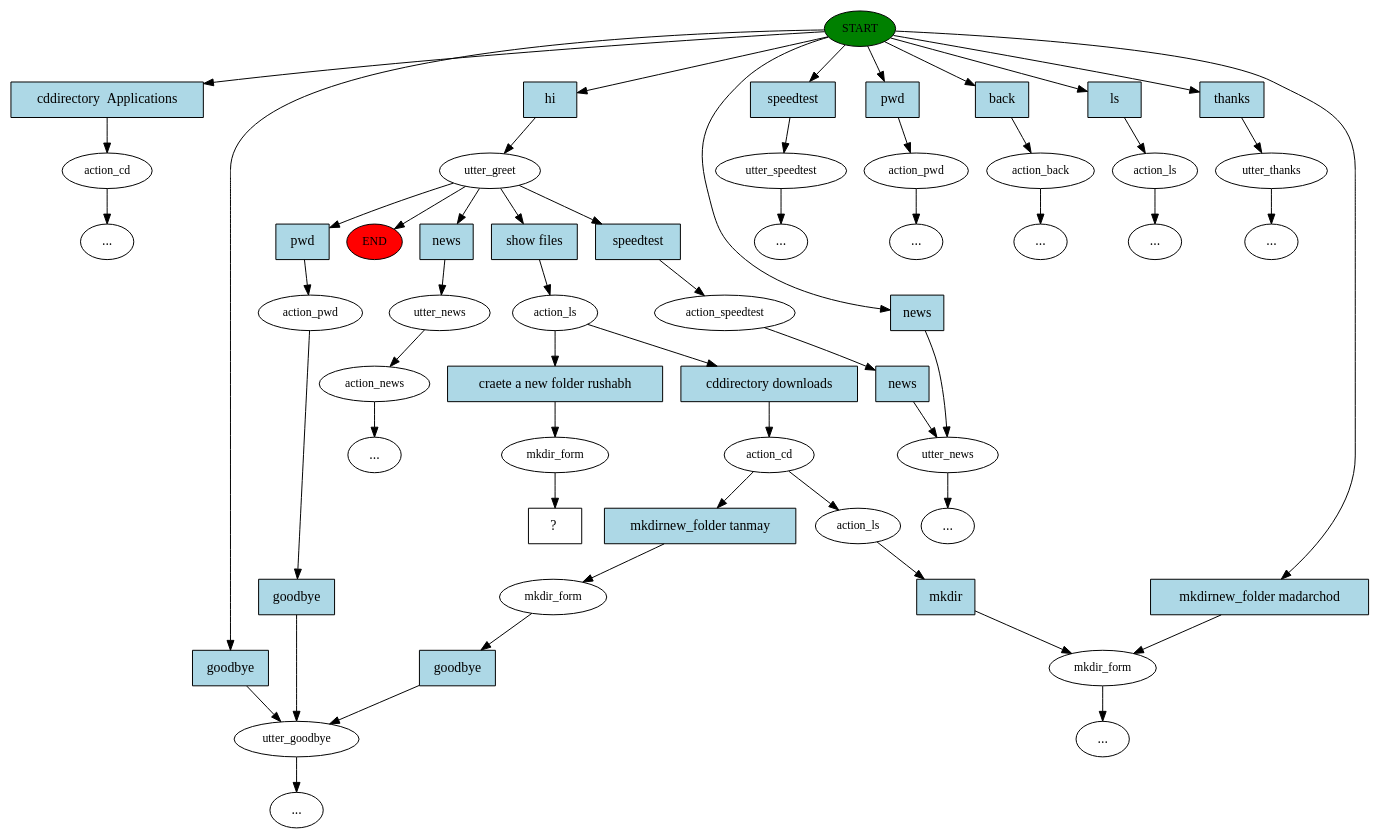
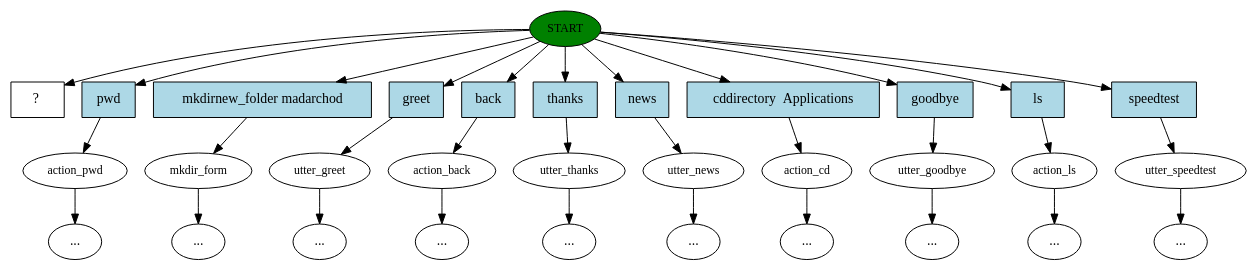
One commit to tanmaysinghal98/chatbot changed the diagram in story_graph.dot. Above: the diagram before and after it, drawn with Graphviz. The commit also changed 27 other files, not shown here.

```diff
--- a/story_graph.dot
+++ b/story_graph.dot
@@ -1,111 +1,65 @@
 digraph  {
 0 [class="start active", fillcolor=green, fontsize=12, label=START, style=filled];
-"-1" [class=end, fillcolor=red, fontsize=12, label=END, style=filled];
-1 [class="", fontsize=12, label=action_cd];
+1 [class="", fontsize=12, label=action_pwd];
 "-3" [class=ellipsis, label="..."];
-2 [class=active, fontsize=12, label=utter_greet];
-3 [class=active, fontsize=12, label=action_ls];
-4 [class="", fontsize=12, label=action_cd];
-5 [class="", fontsize=12, label=mkdir_form];
-6 [class="", fontsize=12, label=utter_goodbye];
-7 [class="", fontsize=12, label=utter_speedtest];
-"-5" [class=ellipsis, label="..."];
-11 [class="", fontsize=12, label=action_ls];
-12 [class="", fontsize=12, label=mkdir_form];
-16 [class="", fontsize=12, label=utter_news];
-17 [class="", fontsize=12, label=action_news];
+2 [class="", fontsize=12, label=mkdir_form];
+3 [class="", fontsize=12, label=utter_greet];
+5 [class="", fontsize=12, label=action_back];
+"-7" [class=ellipsis, label="..."];
+6 [class="", fontsize=12, label=utter_thanks];
+"-8" [class=ellipsis, label="..."];
+7 [class="", fontsize=12, label=utter_news];
 "-9" [class=ellipsis, label="..."];
-18 [class="", fontsize=12, label=utter_news];
-20 [class="", fontsize=12, label=action_pwd];
+8 [class="", fontsize=12, label=action_cd];
+"-10" [class=ellipsis, label="..."];
+9 [class="", fontsize=12, label=utter_goodbye];
+"-11" [class=ellipsis, label="..."];
+10 [class="", fontsize=12, label=action_ls];
 "-12" [class=ellipsis, label="..."];
+11 [class="", fontsize=12, label=utter_speedtest];
 "-13" [class=ellipsis, label="..."];
-22 [class="", fontsize=12, label=action_back];
 "-14" [class=ellipsis, label="..."];
-25 [class="", fontsize=12, label=action_pwd];
 "-15" [class=ellipsis, label="..."];
-28 [class="", fontsize=12, label=action_speedtest];
-"-16" [class=ellipsis, label="..."];
-30 [class="", fontsize=12, label=action_ls];
-"-17" [class=ellipsis, label="..."];
-31 [class="", fontsize=12, label=utter_thanks];
-"-18" [class=ellipsis, label="..."];
-34 [class=active, fontsize=12, label=mkdir_form];
-35 [class="intent dashed active", label="  ?  ", shape=rect];
-36 [class=intent, fillcolor=lightblue, label="cddirectory  Applications", shape=rect, style=filled];
-37 [class="intent active", fillcolor=lightblue, label=hi, shape=rect, style=filled];
-38 [class=intent, fillcolor=lightblue, label=speedtest, shape=rect, style=filled];
-39 [class=intent, fillcolor=lightblue, label=news, shape=rect, style=filled];
-40 [class=intent, fillcolor=lightblue, label=pwd, shape=rect, style=filled];
-41 [class=intent, fillcolor=lightblue, label=back, shape=rect, style=filled];
-42 [class=intent, fillcolor=lightblue, label=ls, shape=rect, style=filled];
-43 [class=intent, fillcolor=lightblue, label=thanks, shape=rect, style=filled];
-44 [class=intent, fillcolor=lightblue, label=goodbye, shape=rect, style=filled];
-45 [class=intent, fillcolor=lightblue, label="mkdirnew_folder madarchod", shape=rect, style=filled];
-46 [class="intent active", fillcolor=lightblue, label="show files", shape=rect, style=filled];
-47 [class=intent, fillcolor=lightblue, label=news, shape=rect, style=filled];
-48 [class=intent, fillcolor=lightblue, label=pwd, shape=rect, style=filled];
-49 [class=intent, fillcolor=lightblue, label=speedtest, shape=rect, style=filled];
-50 [class=intent, fillcolor=lightblue, label="cddirectory downloads", shape=rect, style=filled];
-51 [class="intent active", fillcolor=lightblue, label="craete a new folder rushabh", shape=rect, style=filled];
-52 [class=intent, fillcolor=lightblue, label="mkdirnew_folder tanmay", shape=rect, style=filled];
-53 [class=intent, fillcolor=lightblue, label=goodbye, shape=rect, style=filled];
-54 [class=intent, fillcolor=lightblue, label=mkdir, shape=rect, style=filled];
-55 [class=intent, fillcolor=lightblue, label=goodbye, shape=rect, style=filled];
-56 [class=intent, fillcolor=lightblue, label=news, shape=rect, style=filled];
-0 -> 36  [class="", key=0];
-0 -> 37  [class=active, key=0];
-0 -> 38  [class="", key=0];
-0 -> 39  [class="", key=0];
-0 -> 40  [class="", key=0];
-0 -> 41  [class="", key=0];
-0 -> 42  [class="", key=0];
-0 -> 43  [class="", key=0];
-0 -> 44  [class="", key=0];
-0 -> 45  [class="", key=0];
+14 [class="intent dashed active", label="  ?  ", shape=rect];
+15 [class=intent, fillcolor=lightblue, label=pwd, shape=rect, style=filled];
+16 [class=intent, fillcolor=lightblue, label="mkdirnew_folder madarchod", shape=rect, style=filled];
+17 [class=intent, fillcolor=lightblue, label=greet, shape=rect, style=filled];
+18 [class=intent, fillcolor=lightblue, label=back, shape=rect, style=filled];
+19 [class=intent, fillcolor=lightblue, label=thanks, shape=rect, style=filled];
+20 [class=intent, fillcolor=lightblue, label=news, shape=rect, style=filled];
+21 [class=intent, fillcolor=lightblue, label="cddirectory  Applications", shape=rect, style=filled];
+22 [class=intent, fillcolor=lightblue, label=goodbye, shape=rect, style=filled];
+23 [class=intent, fillcolor=lightblue, label=ls, shape=rect, style=filled];
+24 [class=intent, fillcolor=lightblue, label=speedtest, shape=rect, style=filled];
+0 -> 14  [class=active, key=NONE, label=""];
+0 -> 15  [class="", key=0];
+0 -> 16  [class="", key=0];
+0 -> 17  [class="", key=0];
+0 -> 18  [class="", key=0];
+0 -> 19  [class="", key=0];
+0 -> 20  [class="", key=0];
+0 -> 21  [class="", key=0];
+0 -> 22  [class="", key=0];
+0 -> 23  [class="", key=0];
+0 -> 24  [class="", key=0];
 1 -> "-3"  [class="", key=NONE, label=""];
-2 -> "-1"  [class="", key=NONE, label=""];
-2 -> 46  [class=active, key=0];
-2 -> 47  [class="", key=0];
-2 -> 48  [class="", key=0];
-2 -> 49  [class="", key=0];
-3 -> 50  [class="", key=0];
-3 -> 51  [class=active, key=0];
-4 -> 11  [class="", key=NONE, label=""];
-4 -> 52  [class="", key=0];
-5 -> 53  [class="", key=0];
-6 -> "-15"  [class="", key=NONE, label=""];
-7 -> "-5"  [class="", key=NONE, label=""];
-11 -> 54  [class="", key=0];
-12 -> "-13"  [class="", key=NONE, label=""];
-16 -> 17  [class="", key=NONE, label=""];
-17 -> "-9"  [class="", key=NONE, label=""];
-18 -> "-16"  [class="", key=NONE, label=""];
-20 -> "-12"  [class="", key=NONE, label=""];
-22 -> "-14"  [class="", key=NONE, label=""];
-25 -> 55  [class="", key=0];
-28 -> 56  [class="", key=0];
-30 -> "-17"  [class="", key=NONE, label=""];
-31 -> "-18"  [class="", key=NONE, label=""];
-34 -> 35  [class=active, key=NONE, label=""];
-36 -> 1  [class="", key=0];
-37 -> 2  [class=active, key=0];
-38 -> 7  [class="", key=0];
-39 -> 18  [class="", key=0];
-40 -> 20  [class="", key=0];
-41 -> 22  [class="", key=0];
-42 -> 30  [class="", key=0];
-43 -> 31  [class="", key=0];
-44 -> 6  [class="", key=0];
-45 -> 12  [class="", key=0];
-46 -> 3  [class=active, key=0];
-47 -> 16  [class="", key=0];
-48 -> 25  [class="", key=0];
-49 -> 28  [class="", key=0];
-50 -> 4  [class="", key=0];
-51 -> 34  [class=active, key=0];
-52 -> 5  [class="", key=0];
-53 -> 6  [class="", key=0];
-54 -> 12  [class="", key=0];
-55 -> 6  [class="", key=0];
-56 -> 18  [class="", key=0];
+2 -> "-14"  [class="", key=NONE, label=""];
+3 -> "-15"  [class="", key=NONE, label=""];
+5 -> "-7"  [class="", key=NONE, label=""];
+6 -> "-8"  [class="", key=NONE, label=""];
+7 -> "-9"  [class="", key=NONE, label=""];
+8 -> "-10"  [class="", key=NONE, label=""];
+9 -> "-11"  [class="", key=NONE, label=""];
+10 -> "-12"  [class="", key=NONE, label=""];
+11 -> "-13"  [class="", key=NONE, label=""];
+15 -> 1  [class="", key=0];
+16 -> 2  [class="", key=0];
+17 -> 3  [class="", key=0];
+18 -> 5  [class="", key=0];
+19 -> 6  [class="", key=0];
+20 -> 7  [class="", key=0];
+21 -> 8  [class="", key=0];
+22 -> 9  [class="", key=0];
+23 -> 10  [class="", key=0];
+24 -> 11  [class="", key=0];
 }
```
